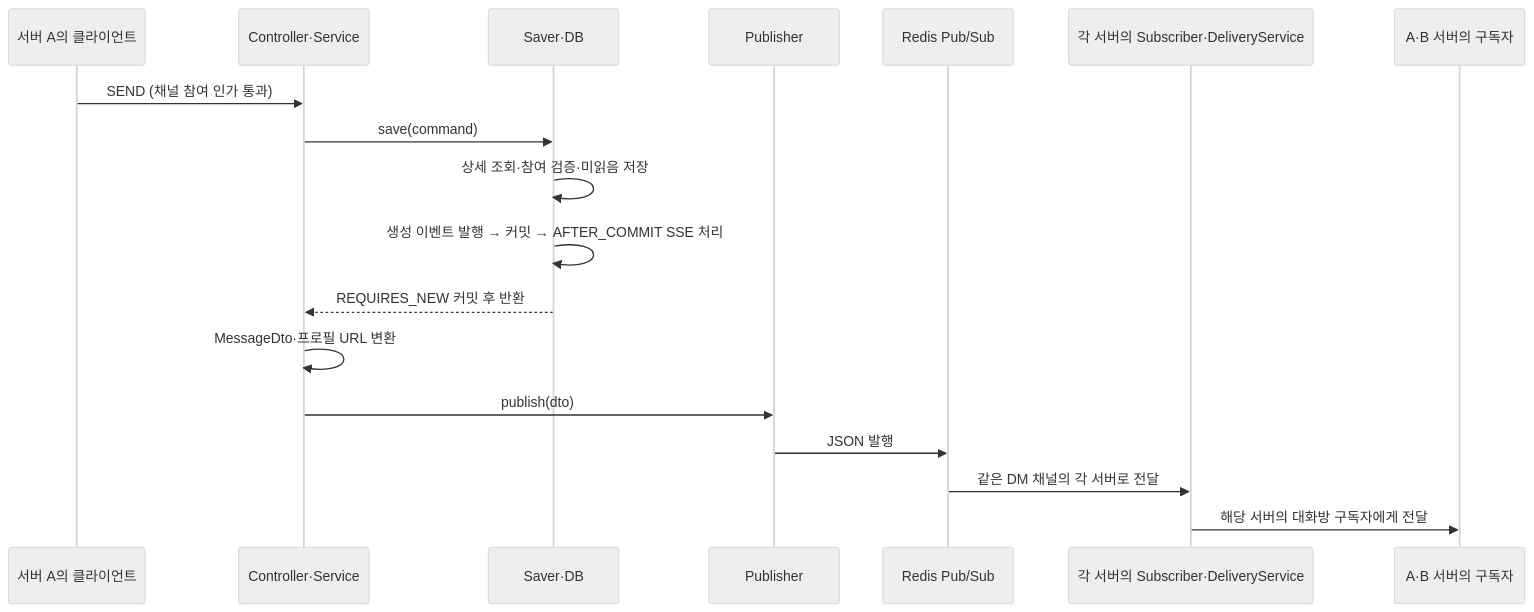
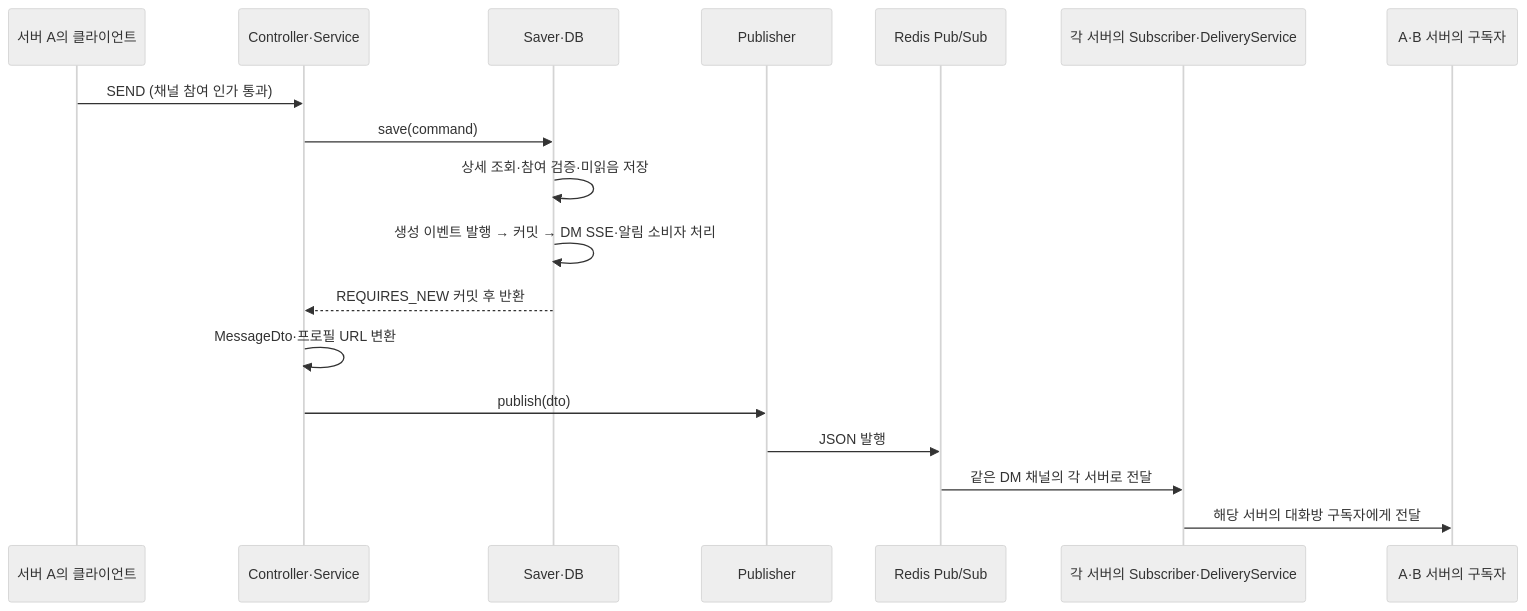
Before and after one commit to codeit-backend13-part4-team1/playlist_for_everyone: the diagram in docs/conversation/11-websocket-flow.md, drawn with Mermaid (neutral theme). The commit also changed other lines of this file and 13 other files, not shown here.

````diff
--- a/docs/conversation/11-websocket-flow.md
+++ b/docs/conversation/11-websocket-flow.md
@@ -21,20 +21,20 @@
 ```mermaid
 sequenceDiagram
     participant A as 서버 A의 클라이언트
     participant C as Controller·Service
     participant S as Saver·DB
     participant P as Publisher
     participant R as Redis Pub/Sub
     participant L as 각 서버의 Subscriber·DeliveryService
     participant B as A·B 서버의 구독자
     A->>C: SEND (채널 참여 인가 통과)
     C->>S: save(command)
     S->>S: 상세 조회·참여 검증·미읽음 저장
-    S->>S: 생성 이벤트 발행 → 커밋 → AFTER_COMMIT SSE 처리
+    S->>S: 생성 이벤트 발행 → 커밋 → DM SSE·알림 소비자 처리
     S-->>C: REQUIRES_NEW 커밋 후 반환
     C->>C: MessageDto·프로필 URL 변환
     C->>P: publish(dto)
     P->>R: JSON 발행
     R->>L: 같은 DM 채널의 각 서버로 전달
     L->>B: 해당 서버의 대화방 구독자에게 전달
 ```
````
